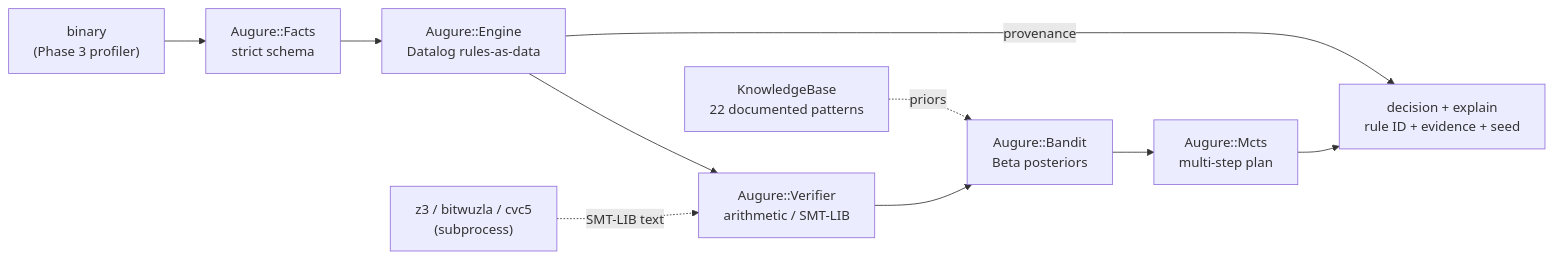
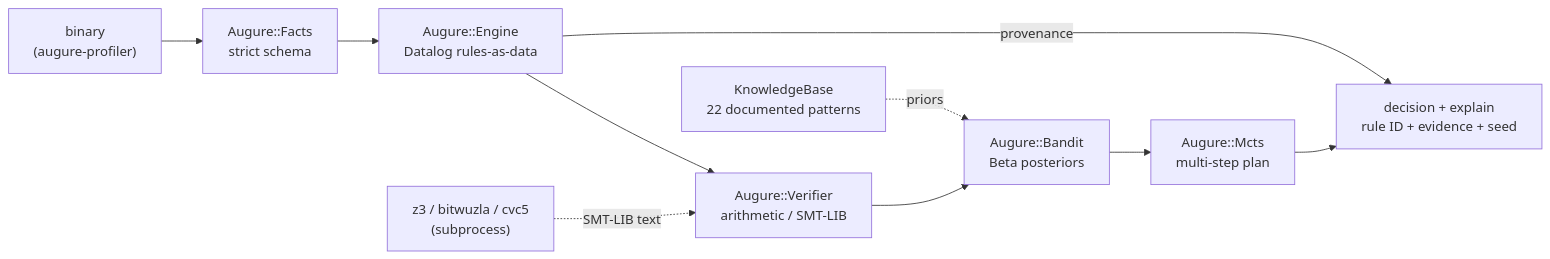
One commit to log0u7/augure changed the diagram in README.md. Above: the diagram before and after it, drawn with Mermaid. The commit also changed other lines of this file and 3 other files, not shown here.

````diff
--- a/README.md
+++ b/README.md
@@ -114,12 +114,12 @@
 ```mermaid
 graph LR
-    B["binary<br/>(Phase 3 profiler)"] --> F["Augure::Facts<br/>strict schema"]
+    B["binary<br/>(augure-profiler)"] --> F["Augure::Facts<br/>strict schema"]
     F --> E["Augure::Engine<br/>Datalog rules-as-data"]
     E --> V["Augure::Verifier<br/>arithmetic / SMT-LIB"]
     V --> B1["Augure::Bandit<br/>Beta posteriors"]
     B1 --> M["Augure::Mcts<br/>multi-step plan"]
     M --> D["decision + explain<br/>rule ID + evidence + seed"]
     E -- provenance --> D
     KB["KnowledgeBase<br/>22 documented patterns"] -. priors .-> B1
     SOLV["z3 / bitwuzla / cvc5<br/>(subprocess)"] -. SMT-LIB text .-> V
 ```
````
